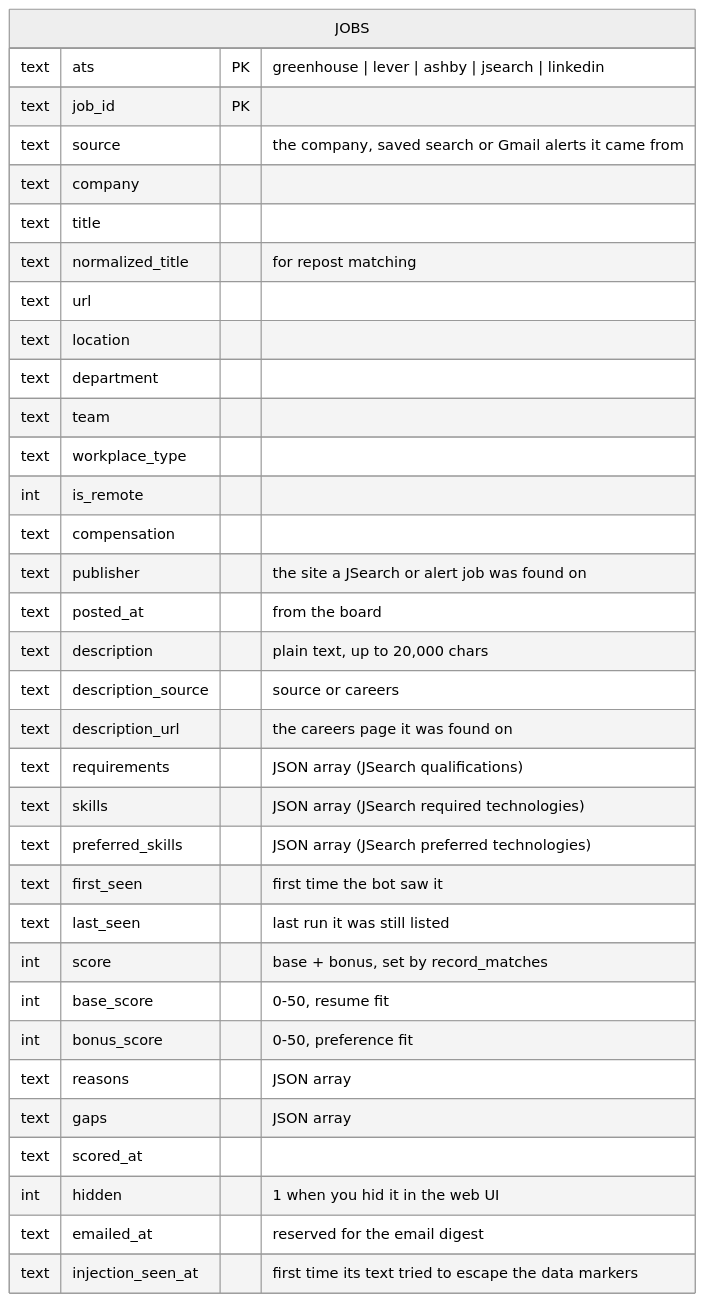
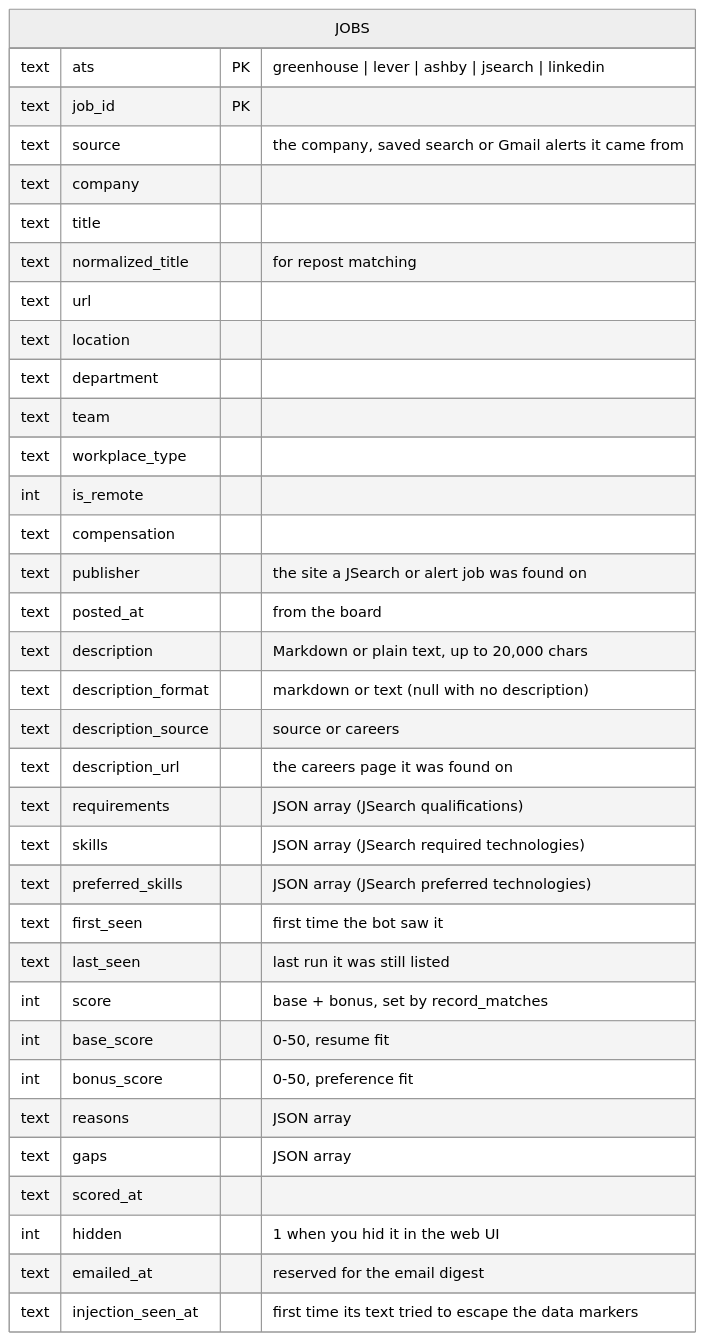
Before and after one commit to risingfish/myjobbot: the sixth of 7 diagrams in README.md, drawn with Mermaid (neutral theme). The commit also changed other lines of this file and 20 other files, not shown here.

````diff
--- a/README.md
+++ b/README.md
@@ -511,37 +515,38 @@
 ```mermaid
 erDiagram
     JOBS {
         text ats PK "greenhouse | lever | ashby | jsearch | linkedin"
         text job_id PK
         text source "the company, saved search or Gmail alerts it came from"
         text company
         text title
         text normalized_title "for repost matching"
         text url
         text location
         text department
         text team
         text workplace_type
         int is_remote
         text compensation
         text publisher "the site a JSearch or alert job was found on"
         text posted_at "from the board"
-        text description "plain text, up to 20,000 chars"
+        text description "Markdown or plain text, up to 20,000 chars"
+        text description_format "markdown or text (null with no description)"
         text description_source "source or careers"
         text description_url "the careers page it was found on"
         text requirements "JSON array (JSearch qualifications)"
         text skills "JSON array (JSearch required technologies)"
         text preferred_skills "JSON array (JSearch preferred technologies)"
         text first_seen "first time the bot saw it"
         text last_seen "last run it was still listed"
         int score "base + bonus, set by record_matches"
         int base_score "0-50, resume fit"
         int bonus_score "0-50, preference fit"
         text reasons "JSON array"
         text gaps "JSON array"
         text scored_at
         int hidden "1 when you hid it in the web UI"
         text emailed_at "reserved for the email digest"
         text injection_seen_at "first time its text tried to escape the data markers"
     }
 ```
````
